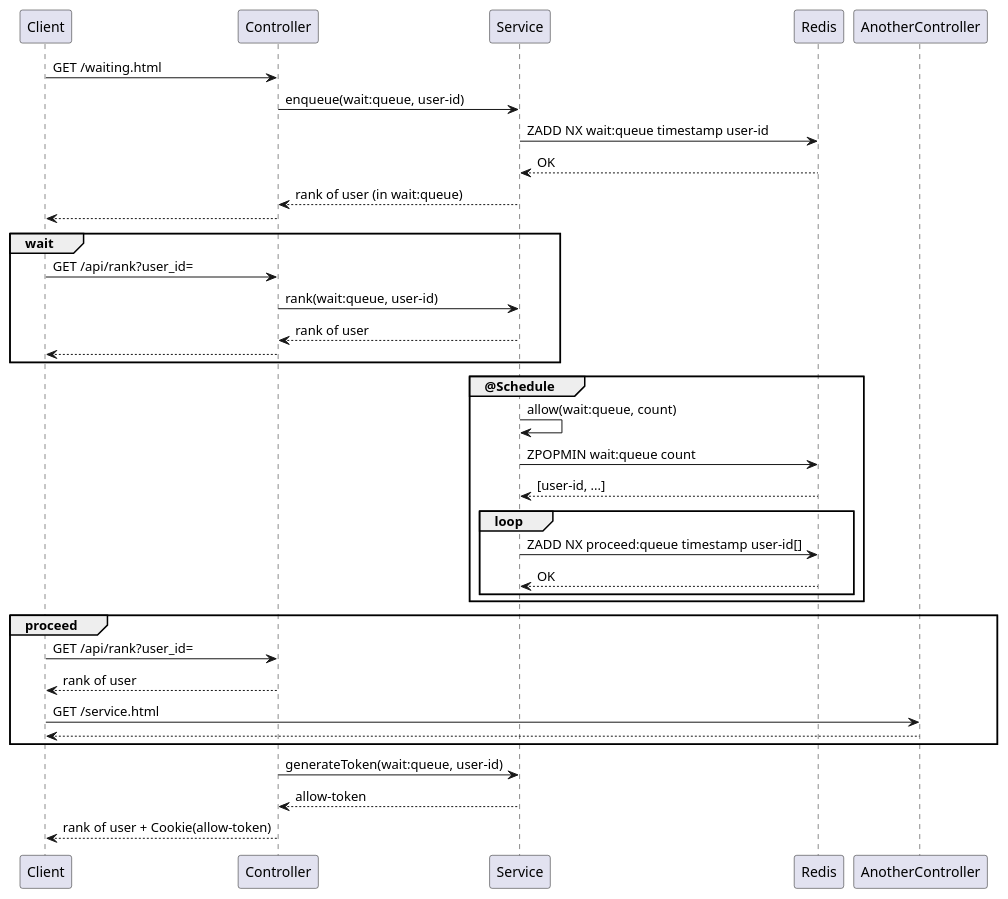
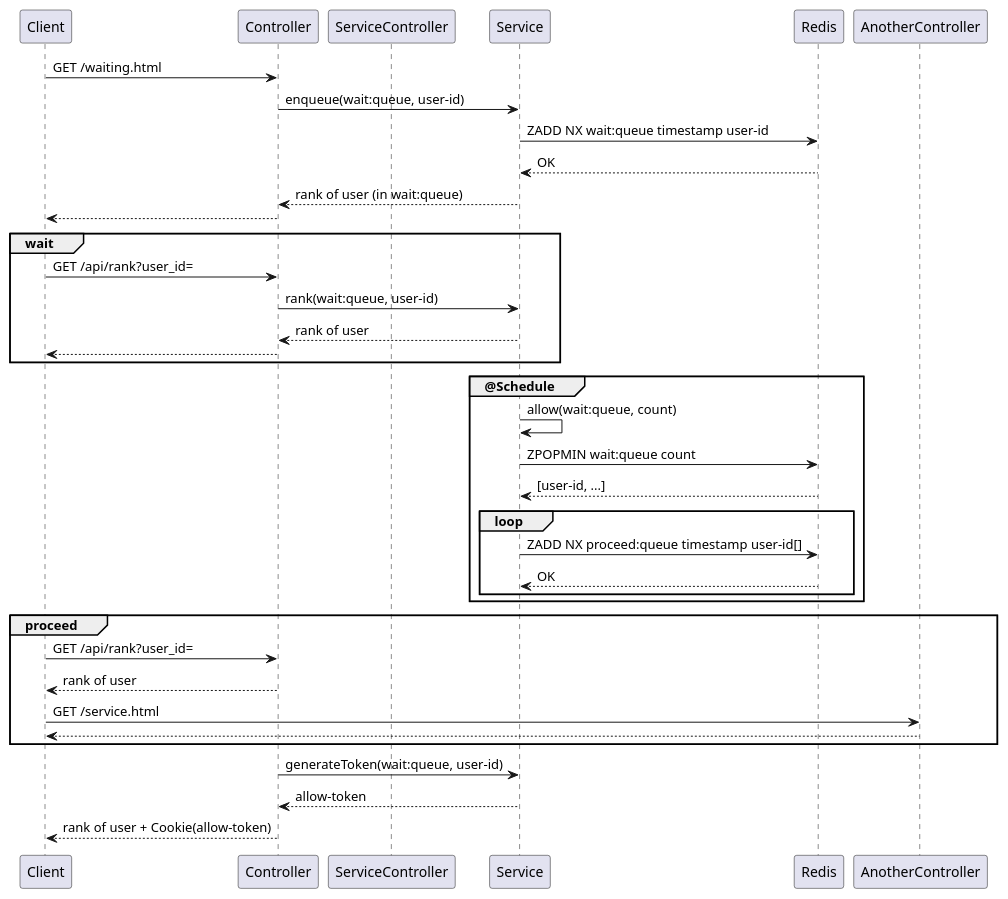
Before and after one commit to yanghoon/obsidian-workspace: the diagram in _diary/2024-06-08.md, drawn with PlantUML.

Commit message:
vault backup: 2024-06-08 14:35:41

````diff
--- a/_diary/2024-06-08.md
+++ b/_diary/2024-06-08.md
@@ -5,37 +5,45 @@
 ```plantuml
 @startuml
+participant Client
+participant Controller
+participant ServiceController
+participant Service
+participant Redis
+
 Client -> Controller: GET /waiting.html
 Controller -> Service: enqueue(wait:queue, user-id)
 Service -> Redis: ZADD NX wait:queue timestamp user-id
 Service <-- Redis: OK
 Controller <-- Service: rank of user (in wait:queue)
 Client <-- Controller
 
 group wait
 Client -> Controller: GET /api/rank?user_id=
 Controller -> Service: rank(wait:queue, user-id)
 Controller <-- Service: rank of user
 Client <-- Controller
 end
 
 group @Schedule
   Service -> Service: allow(wait:queue, count)
   Service -> Redis: ZPOPMIN wait:queue count
   Service <-- Redis: [user-id, ...]
   loop
     Service -> Redis: ZADD NX proceed:queue timestamp user-id[]
     Service <-- Redis: OK
   end
 end
 
 group proceed
   Client -> Controller: GET /api/rank?user_id=
   Client <-- Controller: rank of user
   Client -> AnotherController: GET /service.html
   Client <-- AnotherController
 end
 
 Controller -> Service: generateToken(wait:queue, user-id)
 Controller <-- Service: allow-token
 Client <-- Controller: rank of user + Cookie(allow-token)
+
+@enduml
 ```
````
